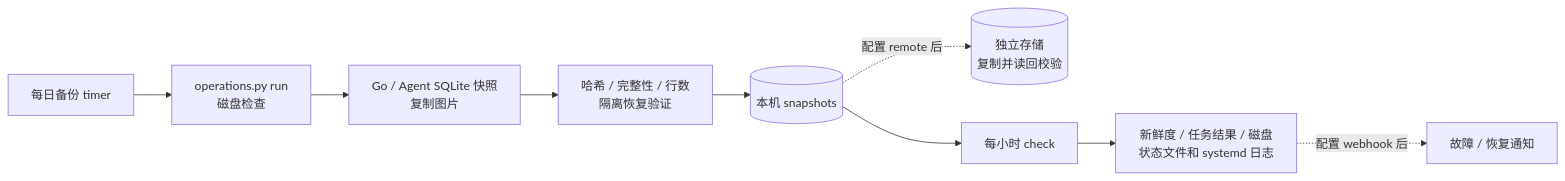
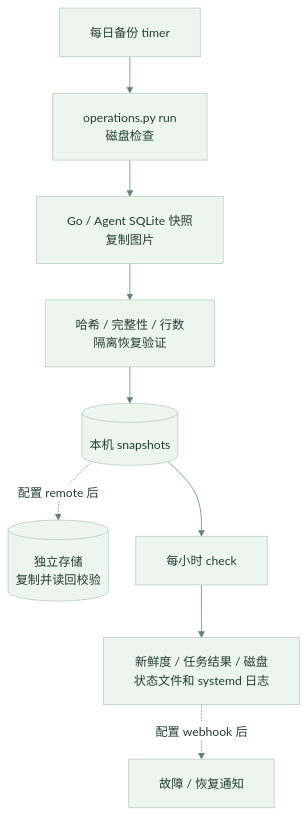
Before and after one commit to Green-hats/NutriGo: the diagram in deploy/docs/architecture.md, drawn with Mermaid. The commit also changed other lines of this file and 11 other files, not shown here.

Commit message:
docs: redesign architecture diagrams and unify visual style

````diff
--- a/deploy/docs/architecture.md
+++ b/deploy/docs/architecture.md
@@ -48,11 +29,12 @@
 ```mermaid
-flowchart LR
+%%{init: {"theme":"base","themeVariables":{"fontFamily":"Arial, PingFang SC, Microsoft YaHei","fontSize":"16px","primaryColor":"#edf5ef","primaryTextColor":"#233d34","primaryBorderColor":"#b8ccc0","lineColor":"#668174","secondaryColor":"#eef4fa","tertiaryColor":"#fff8ed","clusterBkg":"#f7faf6","clusterBorder":"#d4e2d7","edgeLabelBackground":"#ffffff","actorBkg":"#eaf3ec","actorBorder":"#b8ccc0","actorTextColor":"#233d34","signalColor":"#557668","signalTextColor":"#233d34","noteBkgColor":"#fff7e8","noteTextColor":"#754f28","noteBorderColor":"#ddc6a7","activationBkgColor":"#e6f2f0","activationBorderColor":"#88b5ad"},"flowchart":{"curve":"basis","padding":20,"nodeSpacing":36,"rankSpacing":48},"sequence":{"actorMargin":36,"width":160,"height":60,"boxMargin":12,"messageMargin":35,"noteMargin":12,"mirrorActors":false}}}%%
+flowchart TB
     Timer["每日备份 timer"] --> Run["operations.py run<br/>磁盘检查"]
     Run --> Snapshot["Go / Agent SQLite 快照<br/>复制图片"]
     Snapshot --> Verify["哈希 / 完整性 / 行数<br/>隔离恢复验证"]
     Verify --> Local[("本机 snapshots")]
     Local -.->|"配置 remote 后"| Remote[("独立存储<br/>复制并读回校验")]
     Check["每小时 check"] --> Status["新鲜度 / 任务结果 / 磁盘<br/>状态文件和 systemd 日志"]
     Local --> Check
     Status -.->|"配置 webhook 后"| Alert["故障 / 恢复通知"]
 ```
````
